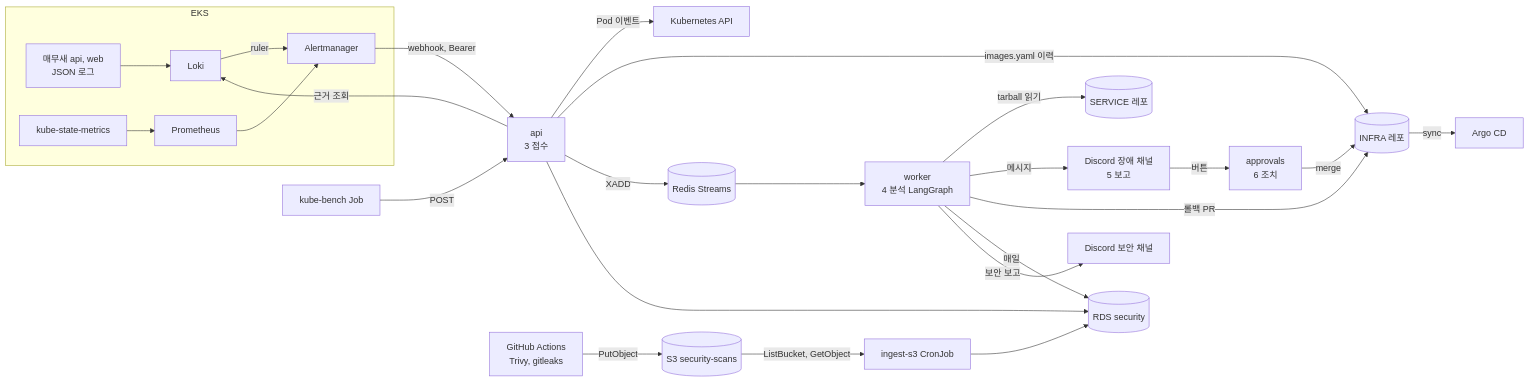
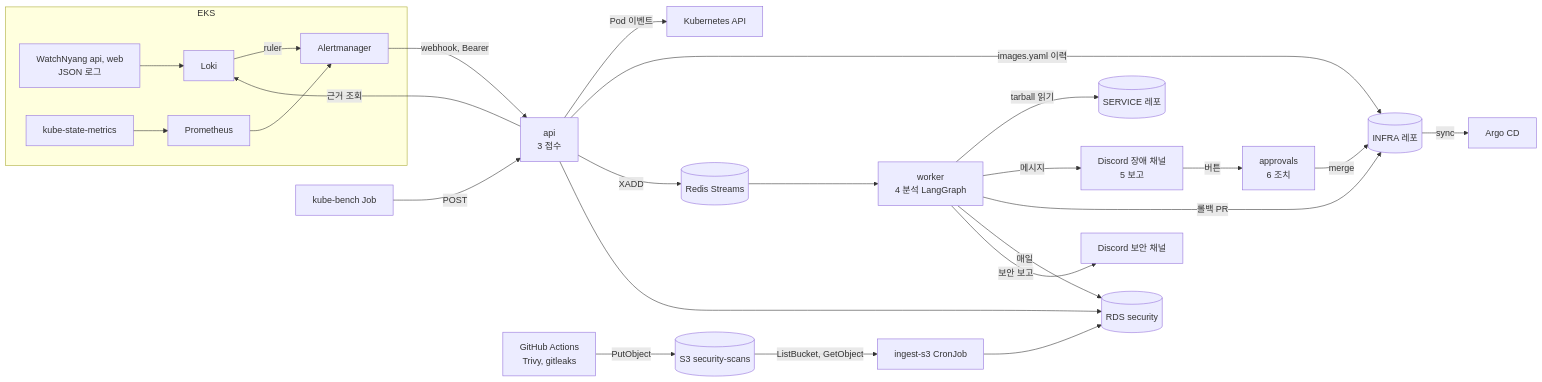
The diagram in README.md (saebyeok-baesong/OPS-maemusae), drawn with Mermaid before and after one commit. The commit also changed other lines of this file and 14 other files, not shown here.

First line of the commit message:
chore: 저장소 이름을 *-watch-nyang 으로, 서비스 이름을 WatchNyang 으로 바꿈 (#3)

````diff
--- a/README.md
+++ b/README.md
@@ -9,28 +9,28 @@
 ```mermaid
 flowchart LR
     subgraph EKS
-      API_APP[매무새 api, web<br/>JSON 로그] --> LOKI[Loki]
+      API_APP[WatchNyang api, web<br/>JSON 로그] --> LOKI[Loki]
       KSM[kube-state-metrics] --> PROM[Prometheus]
       LOKI -->|ruler| AM[Alertmanager]
       PROM --> AM
     end
     AM -->|webhook, Bearer| HOOK[api<br/>3 접수]
     HOOK -->|근거 조회| LOKI
     HOOK -->|Pod 이벤트| K8S[Kubernetes API]
     HOOK -->|images.yaml 이력| INFRA[(INFRA 레포)]
     HOOK -->|XADD| Q[(Redis Streams)]
     Q --> W[worker<br/>4 분석 LangGraph]
     W -->|tarball 읽기| SVC[(SERVICE 레포)]
     W -->|메시지| DC[Discord 장애 채널<br/>5 보고]
     W -->|롤백 PR| INFRA
     DC -->|버튼| BOT[approvals<br/>6 조치]
     BOT -->|merge| INFRA
     INFRA -->|sync| ARGO[Argo CD]
     CI[GitHub Actions<br/>Trivy, gitleaks] -->|PutObject| S3[(S3 security-scans)]
     S3 -->|ListBucket, GetObject| ING[ingest-s3 CronJob]
     ING --> SDB[(RDS security)]
     KB[kube-bench Job] -->|POST| HOOK
     HOOK --> SDB
     W -->|매일| SDB
     W -->|보안 보고| DS[Discord 보안 채널]
 ```
````
